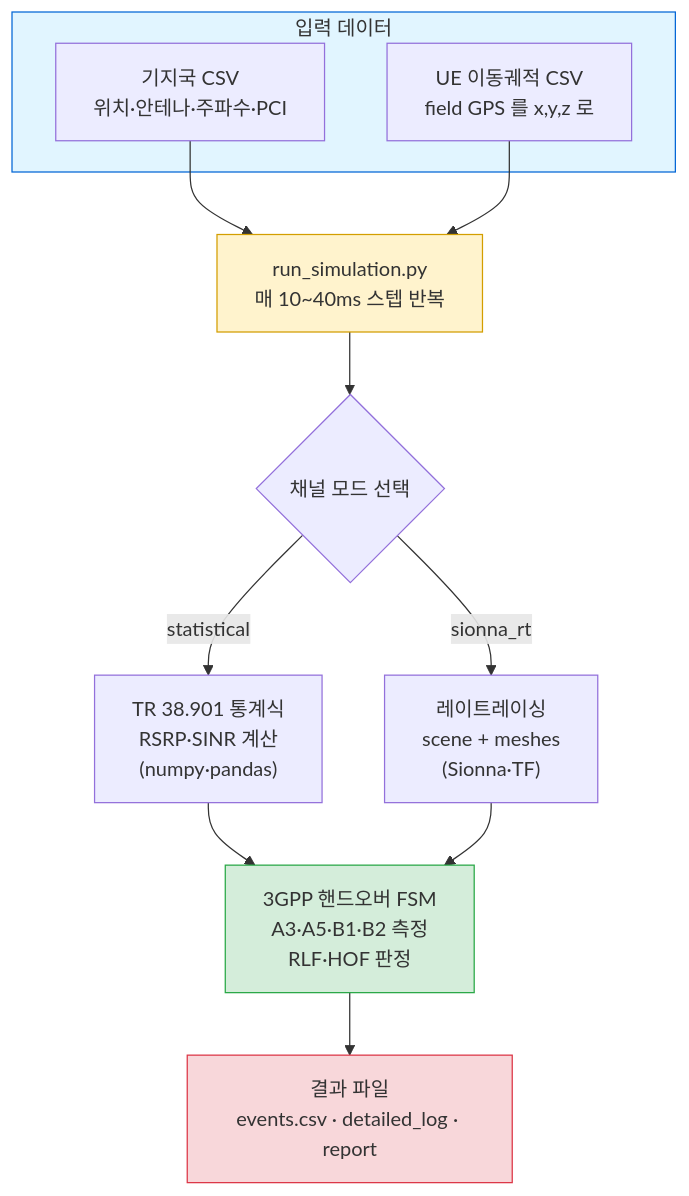
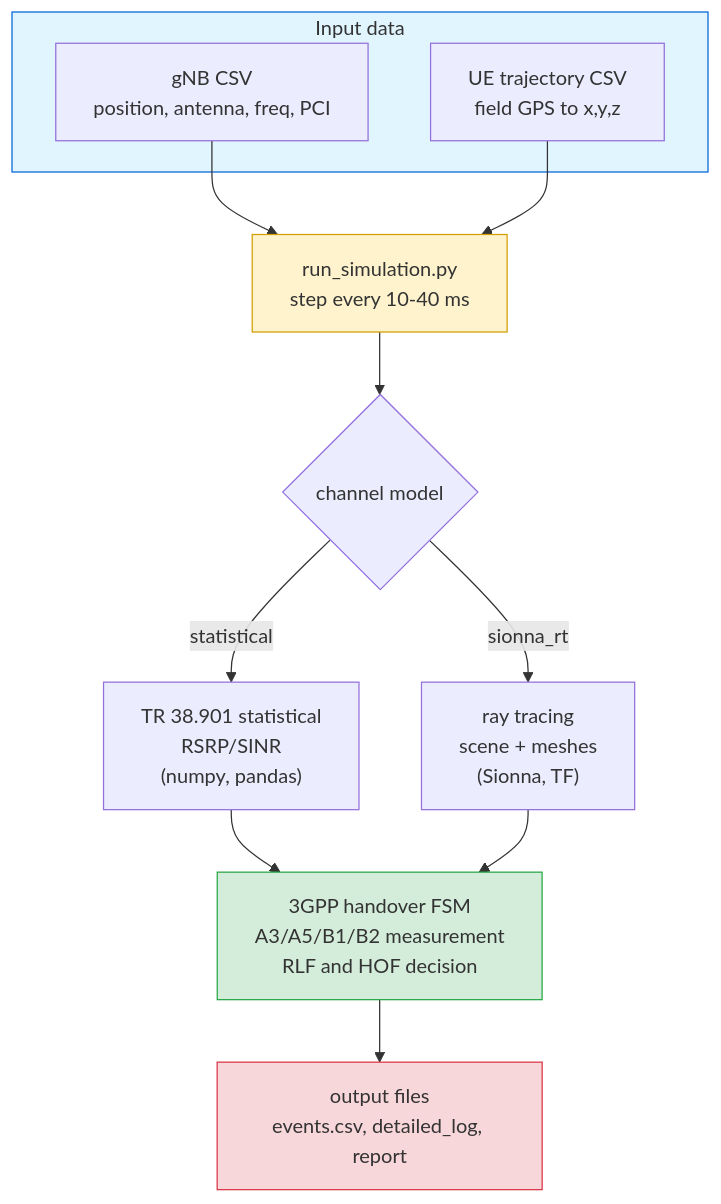
The diagram in README.md (CheeseFondueChamchi/sionna-based-handover-simulator), drawn with Mermaid before and after one commit. The commit also changed other lines of this file, not shown here.

````diff
--- a/README.md
+++ b/README.md
@@ -28,22 +24,22 @@
 ```mermaid
 flowchart TB
-    subgraph IN["입력 데이터"]
-        G["기지국 CSV<br/>위치·안테나·주파수·PCI"]
-        U["UE 이동궤적 CSV<br/>field GPS 를 x,y,z 로"]
+    subgraph IN["Input data"]
+        G["gNB CSV<br/>position, antenna, freq, PCI"]
+        U["UE trajectory CSV<br/>field GPS to x,y,z"]
     end
     G --> SIM
     U --> SIM
-    SIM["run_simulation.py<br/>매 10~40ms 스텝 반복"]
-    SIM --> CH{"채널 모드 선택"}
-    CH -->|statistical| ST["TR 38.901 통계식<br/>RSRP·SINR 계산<br/>(numpy·pandas)"]
-    CH -->|sionna_rt| RT["레이트레이싱<br/>scene + meshes<br/>(Sionna·TF)"]
+    SIM["run_simulation.py<br/>step every 10-40 ms"]
+    SIM --> CH{"channel model"}
+    CH -->|statistical| ST["TR 38.901 statistical<br/>RSRP/SINR<br/>(numpy, pandas)"]
+    CH -->|sionna_rt| RT["ray tracing<br/>scene + meshes<br/>(Sionna, TF)"]
     ST --> FSM
     RT --> FSM
-    FSM["3GPP 핸드오버 FSM<br/>A3·A5·B1·B2 측정<br/>RLF·HOF 판정"]
-    FSM --> OUT["결과 파일<br/>events.csv · detailed_log · report"]
+    FSM["3GPP handover FSM<br/>A3/A5/B1/B2 measurement<br/>RLF and HOF decision"]
+    FSM --> OUT["output files<br/>events.csv, detailed_log, report"]
 
     style IN fill:#e1f5ff,stroke:#0366d6
     style SIM fill:#fff3cd,stroke:#d39e00
     style FSM fill:#d4edda,stroke:#28a745
     style OUT fill:#f8d7da,stroke:#dc3545
 ```
````
